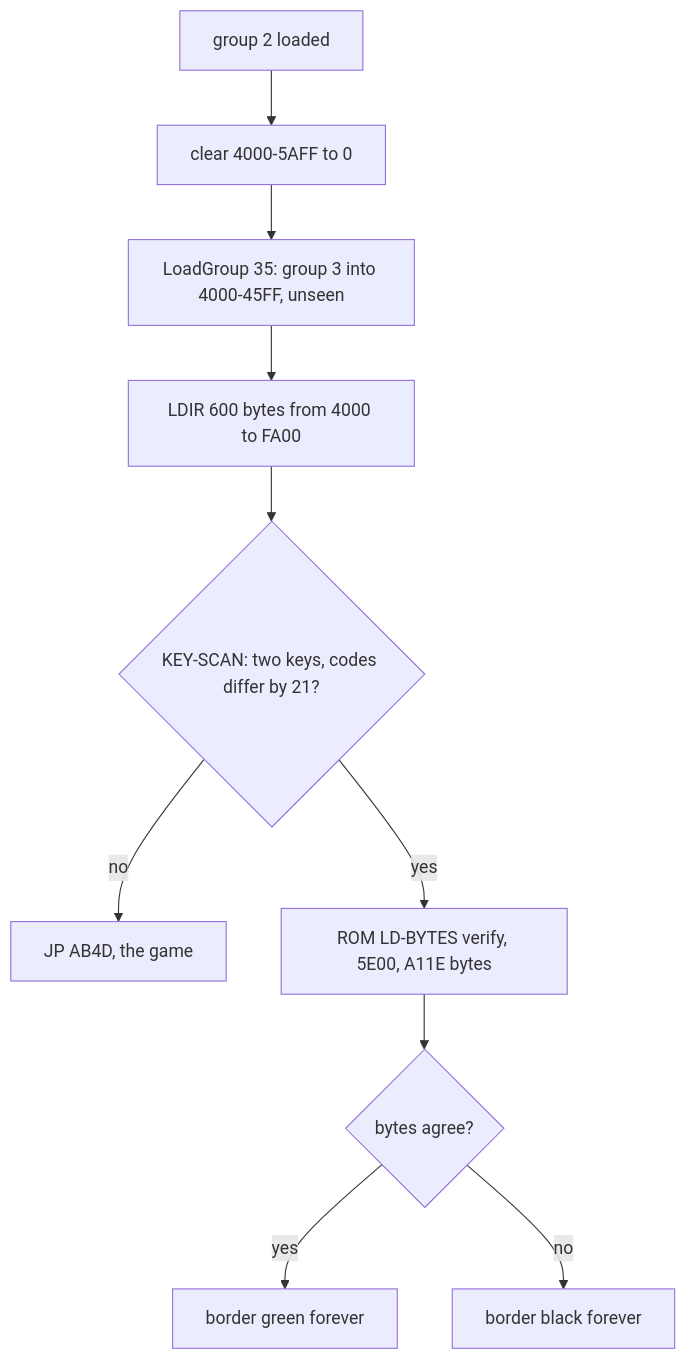
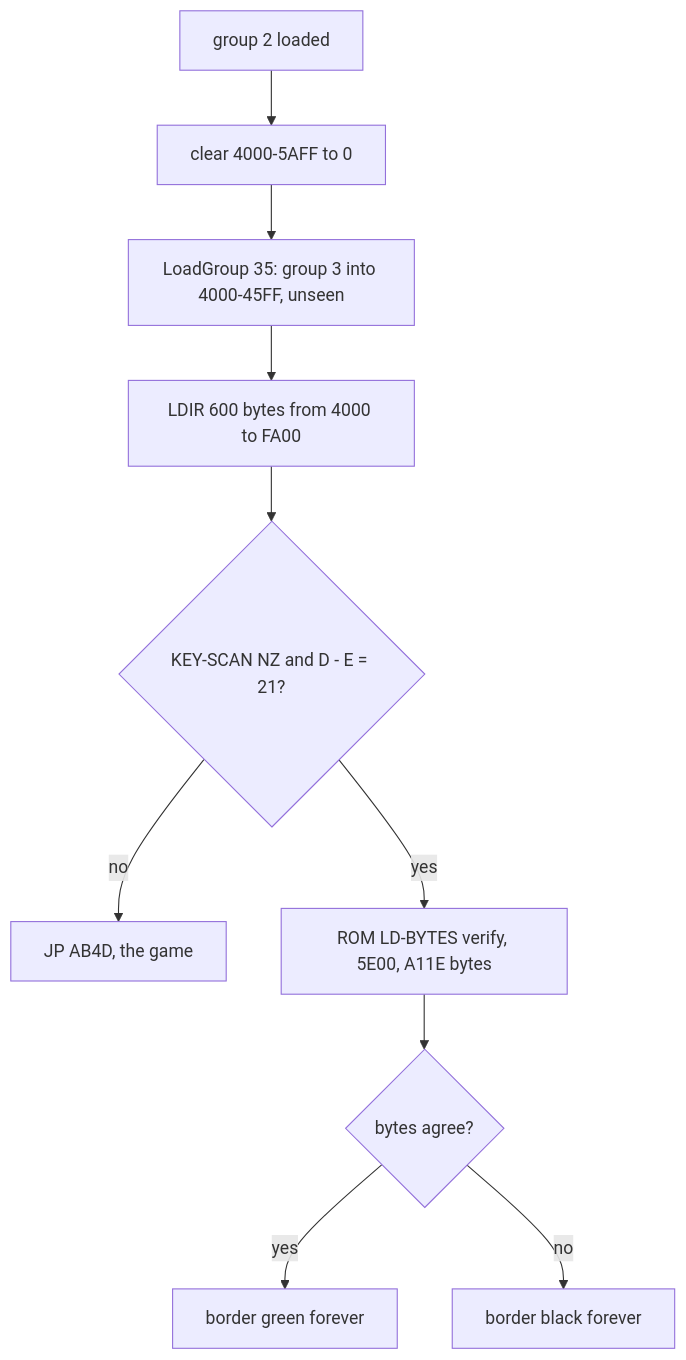
The fourth of 6 diagrams in games/rick-dangerous/docs/03-build-and-load.md (alfishe/unrealng-reverse-cases), drawn with Mermaid before and after one commit. The commit also changed other lines of this file and 33 other files, not shown here.

````diff
--- a/games/rick-dangerous/docs/03-build-and-load.md
+++ b/games/rick-dangerous/docs/03-build-and-load.md
@@ -464,12 +475,12 @@
 ```mermaid
 flowchart TD
     G2[group 2 loaded] --> CL[clear 4000-5AFF to 0]
     CL --> G3[LoadGroup 35: group 3 into 4000-45FF, unseen]
     G3 --> CP[LDIR 600 bytes from 4000 to FA00]
-    CP --> KS{KEY-SCAN: two keys, codes differ by 21?}
+    CP --> KS{KEY-SCAN NZ and D - E = 21?}
     KS -- no --> GO[JP AB4D, the game]
     KS -- yes --> V[ROM LD-BYTES verify, 5E00, A11E bytes]
     V --> BD{bytes agree?}
     BD -- yes --> GR[border green forever]
     BD -- no --> BK[border black forever]
 ```
````
